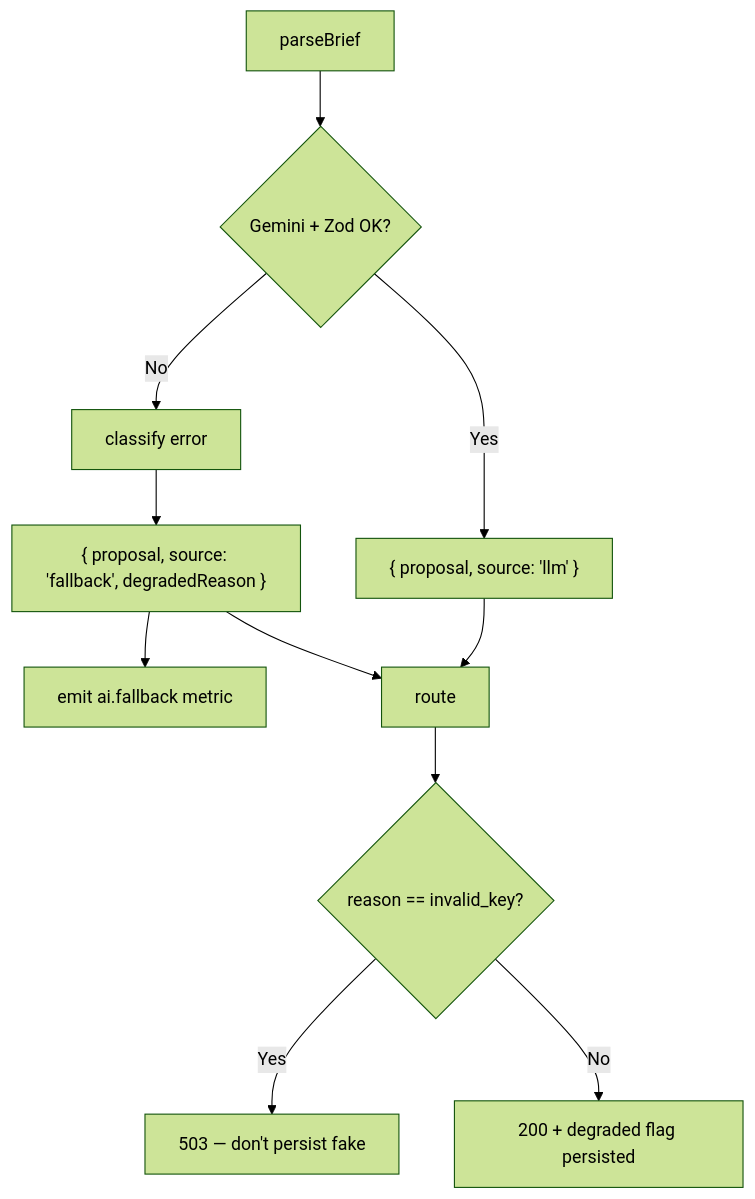
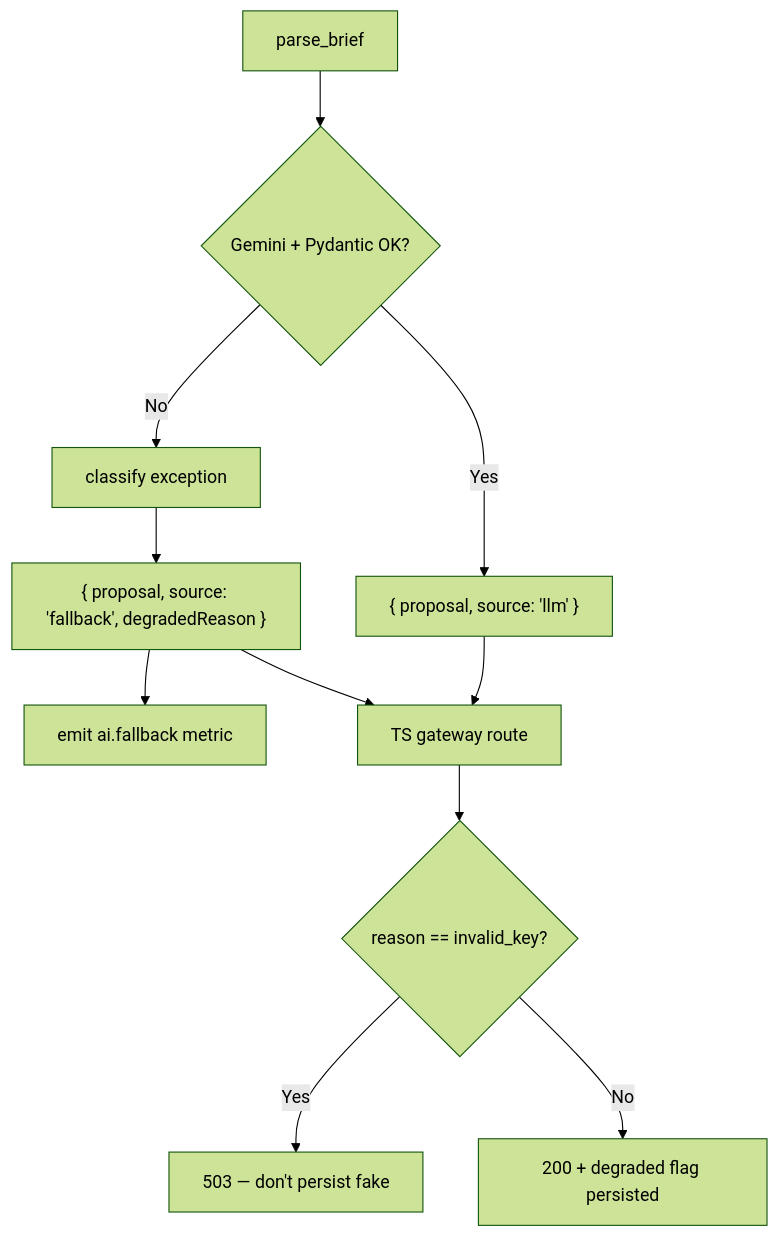
Before and after one commit to FixFlow-AI/FixFlow-AI-web: the second of 2 diagrams in docs/specifications/ai_features/stories/AIE-02-brief-parser-honest-fallback.md, drawn with Mermaid (forest theme). The commit also changed other lines of this file and 13 other files, not shown here.

````diff
--- a/docs/specifications/ai_features/stories/AIE-02-brief-parser-honest-fallback.md
+++ b/docs/specifications/ai_features/stories/AIE-02-brief-parser-honest-fallback.md
@@ -91,13 +101,13 @@
 ```mermaid
 flowchart TD
-    A[parseBrief] --> B{Gemini + Zod OK?}
+    A[parse_brief] --> B{Gemini + Pydantic OK?}
     B -->|Yes| C["{ proposal, source: 'llm' }"]
-    B -->|No| D[classify error]
+    B -->|No| D[classify exception]
     D --> E["{ proposal, source: 'fallback', degradedReason }"]
     E --> M[emit ai.fallback metric]
-    C --> R[route]
+    C --> R[TS gateway route]
     E --> R
     R --> S{reason == invalid_key?}
     S -->|Yes| T[503 — don't persist fake]
     S -->|No| U[200 + degraded flag persisted]
 ```
````
